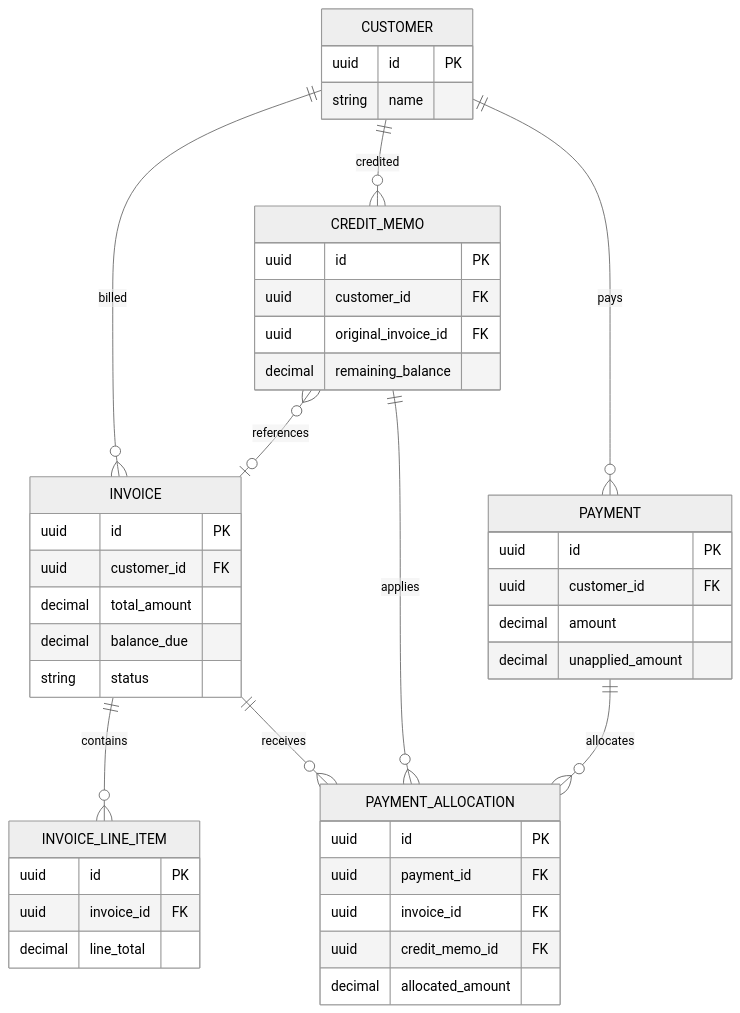
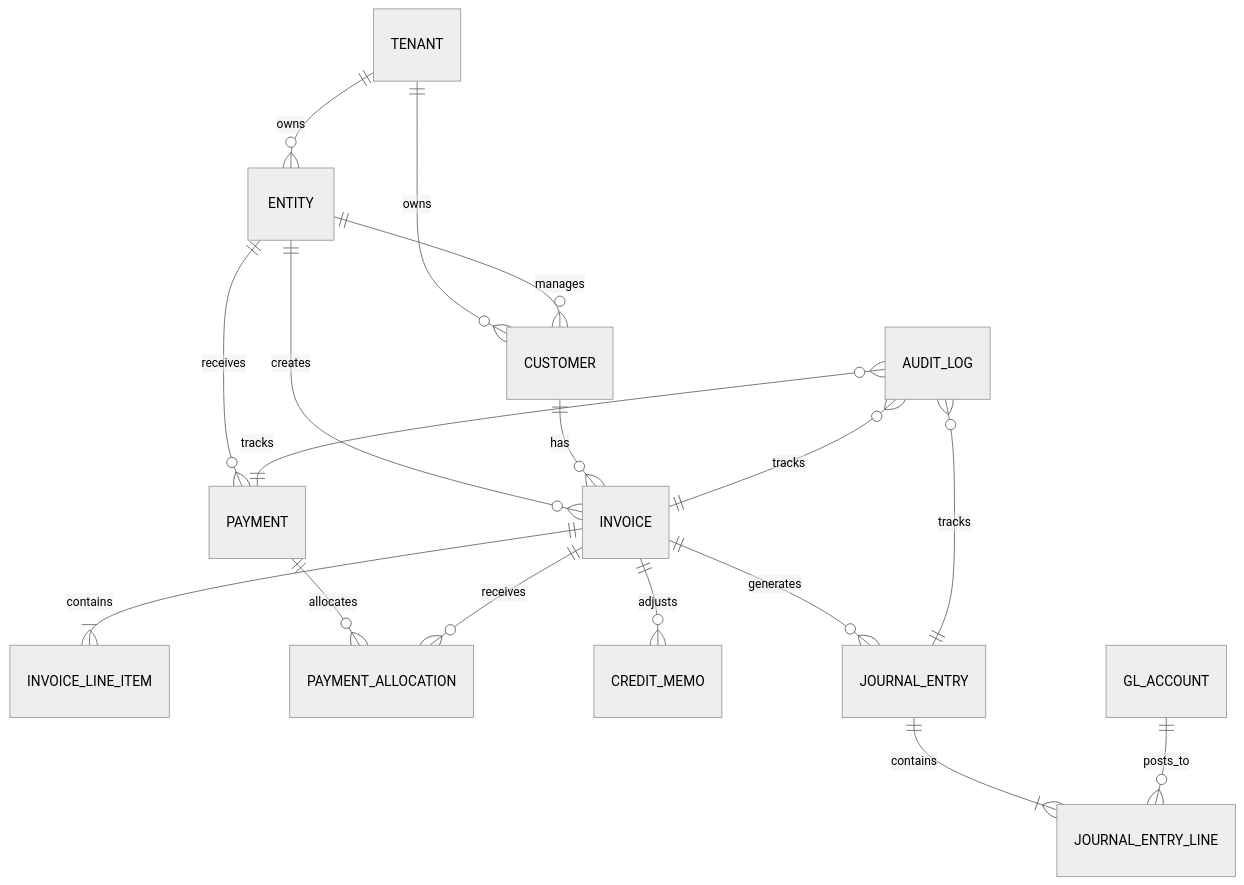
One commit to kheravarun08/multi_tenant_erp_system changed the diagram in README.md. Above: the diagram before and after it, drawn with Mermaid (neutral theme). The commit also changed other lines of this file and 1 other file, not shown here.

````diff
--- a/README.md
+++ b/README.md
@@ -290,47 +128,26 @@
 ```mermaid
 erDiagram
-  CUSTOMER ||--o{ INVOICE : "billed"
-  CUSTOMER ||--o{ PAYMENT : "pays"
-  CUSTOMER ||--o{ CREDIT_MEMO : "credited"
-  INVOICE ||--o{ INVOICE_LINE_ITEM : contains
-  INVOICE ||--o{ PAYMENT_ALLOCATION : receives
-  CREDIT_MEMO }o--o| INVOICE : references
-  CREDIT_MEMO ||--o{ PAYMENT_ALLOCATION : applies
-  PAYMENT ||--o{ PAYMENT_ALLOCATION : allocates
 
-  CUSTOMER {
-    uuid id PK
-    string name
-  }
-  INVOICE {
-    uuid id PK
-    uuid customer_id FK
-    decimal total_amount
-    decimal balance_due
-    string status
-  }
-  INVOICE_LINE_ITEM {
-    uuid id PK
-    uuid invoice_id FK
-    decimal line_total
-  }
-  CREDIT_MEMO {
-    uuid id PK
-    uuid customer_id FK
-    uuid original_invoice_id FK
-    decimal remaining_balance
-  }
-  PAYMENT {
-    uuid id PK
-    uuid customer_id FK
-    decimal amount
-    decimal unapplied_amount
-  }
-  PAYMENT_ALLOCATION {
-    uuid id PK
-    uuid payment_id FK
-    uuid invoice_id FK
-    uuid credit_memo_id FK
-    decimal allocated_amount
-  }
+TENANT ||--o{ ENTITY : owns
+TENANT ||--o{ CUSTOMER : owns
+
+ENTITY ||--o{ CUSTOMER : manages
+ENTITY ||--o{ INVOICE : creates
+ENTITY ||--o{ PAYMENT : receives
+
+CUSTOMER ||--o{ INVOICE : has
+INVOICE ||--|{ INVOICE_LINE_ITEM : contains
+
+PAYMENT ||--o{ PAYMENT_ALLOCATION : allocates
+INVOICE ||--o{ PAYMENT_ALLOCATION : receives
+
+INVOICE ||--o{ CREDIT_MEMO : adjusts
+
+INVOICE ||--o{ JOURNAL_ENTRY : generates
+JOURNAL_ENTRY ||--|{ JOURNAL_ENTRY_LINE : contains
+GL_ACCOUNT ||--o{ JOURNAL_ENTRY_LINE : posts_to
+
+AUDIT_LOG }o--|| INVOICE : tracks
+AUDIT_LOG }o--|| PAYMENT : tracks
+AUDIT_LOG }o--|| JOURNAL_ENTRY : tracks
 ```
````
